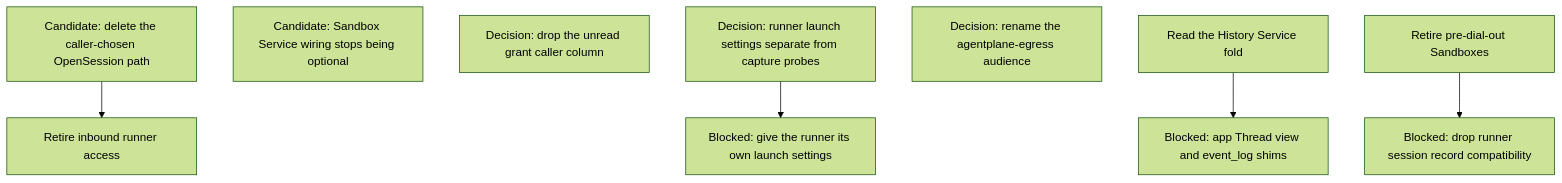
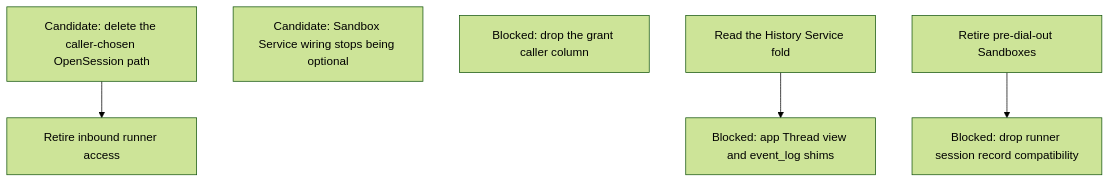
Before and after one commit to agentydragon/ducktape: diagram 11 of 11 in agentplane/plans/task_dag.md, drawn with Mermaid (forest theme). The commit also changed other lines of this file and 5 other files, not shown here.

First line of the commit message:
agentplane/action_service: stop reading and writing the grant caller column

````diff
--- a/agentplane/plans/task_dag.md
+++ b/agentplane/plans/task_dag.md
@@ -1027,18 +1027,14 @@
 ```mermaid
 flowchart TD
     OPEN_SESSION_RETIRE[Candidate: delete the caller-chosen OpenSession path]
     SANDBOX_SERVICE_RESOURCES_REQUIRED[Candidate: Sandbox Service wiring stops being optional]
-    ACTION_GRANT_CALLER_DROP[Decision: drop the unread grant caller column]
-    RUNNER_LAUNCH_SETTINGS[Decision: runner launch settings separate from capture probes]
-    WORKLOAD_AUDIENCE_RENAME[Decision: rename the agentplane-egress audience]
+    ACTION_GRANT_CALLER_DROP[Blocked: drop the grant caller column]
     APP_THREAD_VIEW_CLEANUP[Blocked: app Thread view and event_log shims]
     RUNNER_INBOUND_RETIRE[Retire inbound runner access]
     FOLD_READ_CUTOVER[Read the History Service fold]
     OPEN_SESSION_RETIRE --> RUNNER_INBOUND_RETIRE
-    RUNNER_LAUNCH_SETTINGS_SPLIT[Blocked: give the runner its own launch settings]
-    RUNNER_LAUNCH_SETTINGS --> RUNNER_LAUNCH_SETTINGS_SPLIT
     FOLD_READ_CUTOVER --> APP_THREAD_VIEW_CLEANUP
     RUNNER_SESSION_RECORD_SHIMS[Blocked: drop runner session record compatibility]
     LEGACY_SANDBOX_RETIRE[Retire pre-dial-out Sandboxes]
     LEGACY_SANDBOX_RETIRE --> RUNNER_SESSION_RECORD_SHIMS
 ```
````
